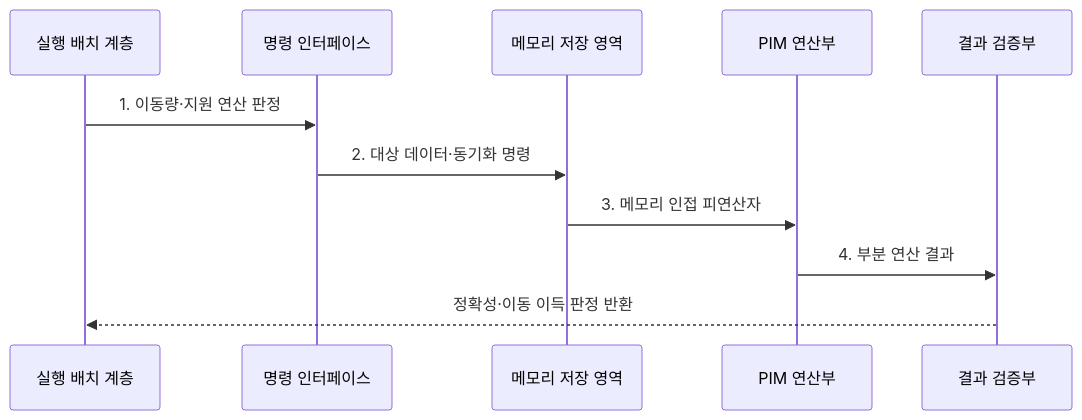
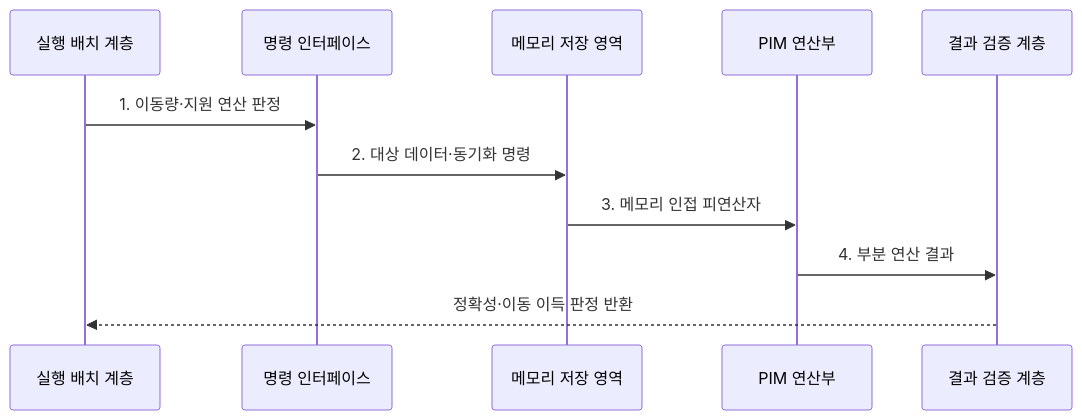
The second of 2 diagrams in src/content/docs/notes/08-latest-tech/146_pim.md (agnusdei1207/knowledge-base), drawn with Mermaid before and after one commit. The commit also changed other lines of this file and 9 other files, not shown here.

````diff
--- a/src/content/docs/notes/08-latest-tech/146_pim.md
+++ b/src/content/docs/notes/08-latest-tech/146_pim.md
@@ -108,13 +111,13 @@
 ```mermaid
 sequenceDiagram
   participant P as 실행 배치 계층
   participant I as 명령 인터페이스
   participant M as 메모리 저장 영역
   participant C as PIM 연산부
-  participant V as 결과 검증부
+  participant V as 결과 검증 계층
   P->>I: 1. 이동량·지원 연산 판정
   I->>M: 2. 대상 데이터·동기화 명령
   M->>C: 3. 메모리 인접 피연산자
   C->>V: 4. 부분 연산 결과
   V-->>P: 정확성·이동 이득 판정 반환
 ```
````
